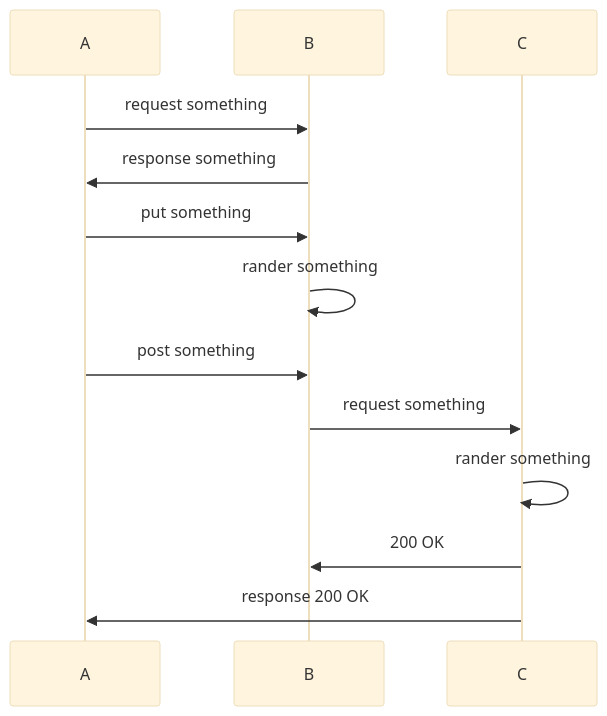
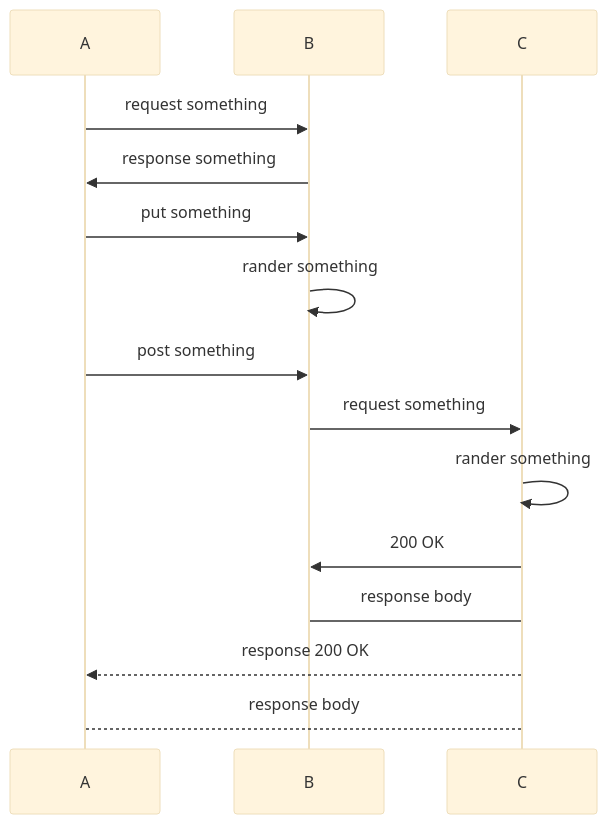
Before and after one commit to demos-driven/diagrams-markdown-mermaid: the sixth of 6 diagrams in README.md, drawn with Mermaid (base theme). The commit also changed other lines of this file, not shown here.

Commit message:
add more components of sequence diagram

````diff
--- a/README.md
+++ b/README.md
@@ -82,15 +82,17 @@
 ```mermaid
 sequenceDiagram
     participant A
     participant B
     A ->> B: request something
     B ->> A: response something
     A ->> B: put something
     B ->> B: rander something
     participant C
     A ->> B: post something
     B ->> C: request something
     C ->> C: rander something
     C ->> B: 200 OK
-    C ->> A: response 200 OK
+    C -> B: response body
+    C -->> A: response 200 OK
+    C --> A: response body
 ```
````
